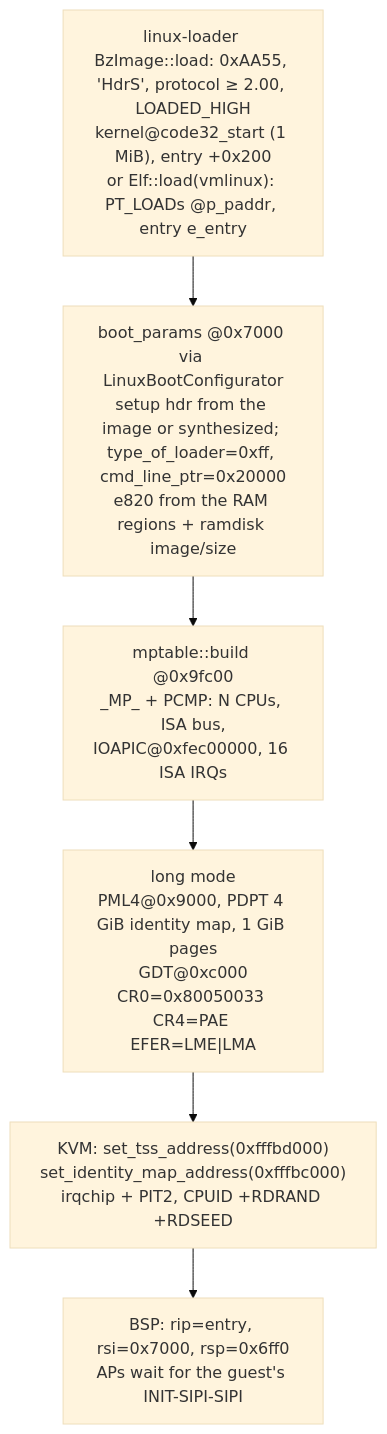
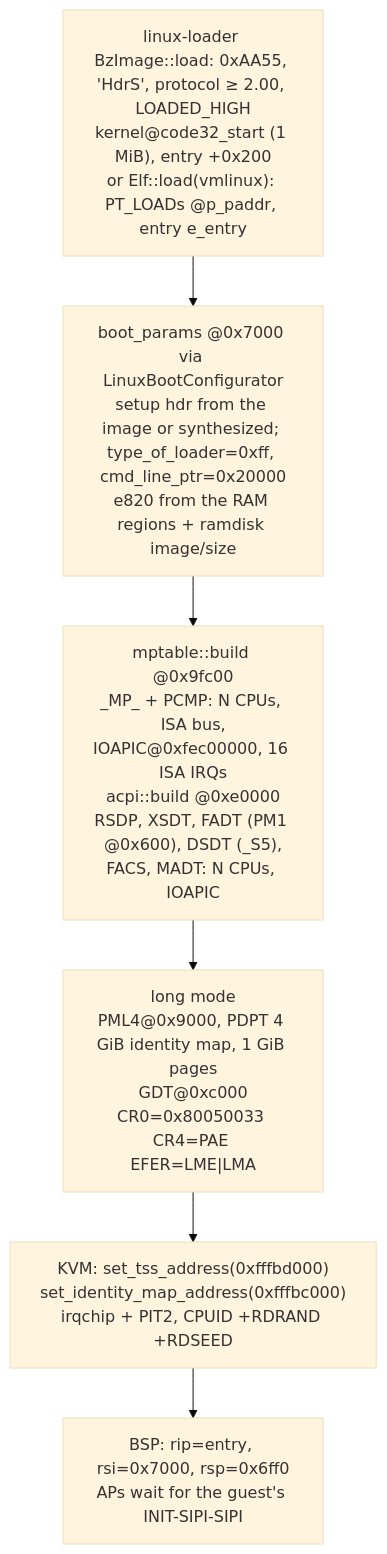
The third of 4 diagrams in docs/architecture.md (brig-sh/hvi-vmm), drawn with Mermaid (base theme) before and after one commit. The commit also changed other lines of this file and 11 other files, not shown here.

````diff
--- a/docs/architecture.md
+++ b/docs/architecture.md
@@ -249,9 +252,9 @@
 ```mermaid
 flowchart TB
     A["linux-loader BzImage::load: 0xAA55, 'HdrS', protocol ≥ 2.00, LOADED_HIGH<br/>kernel@code32_start (1 MiB), entry +0x200<br/>or Elf::load(vmlinux): PT_LOADs @p_paddr, entry e_entry"] --> B
     B["boot_params @0x7000 via LinuxBootConfigurator<br/>setup hdr from the image or synthesized; type_of_loader=0xff, cmd_line_ptr=0x20000<br/>e820 from the RAM regions + ramdisk image/size"] --> C
-    C["mptable::build @0x9fc00<br/>_MP_ + PCMP: N CPUs, ISA bus,<br/>IOAPIC@0xfec00000, 16 ISA IRQs"] --> D
+    C["mptable::build @0x9fc00<br/>_MP_ + PCMP: N CPUs, ISA bus,<br/>IOAPIC@0xfec00000, 16 ISA IRQs<br/>acpi::build @0xe0000<br/>RSDP, XSDT, FADT (PM1 @0x600), DSDT (_S5),<br/>FACS, MADT: N CPUs, IOAPIC"] --> D
     D["long mode<br/>PML4@0x9000, PDPT 4 GiB identity map, 1 GiB pages<br/>GDT@0xc000<br/>CR0=0x80050033 CR4=PAE EFER=LME|LMA"] --> E
     E["KVM: set_tss_address(0xfffbd000)<br/>set_identity_map_address(0xfffbc000)<br/>irqchip + PIT2, CPUID +RDRAND +RDSEED"] --> F
     F["BSP: rip=entry, rsi=0x7000, rsp=0x6ff0<br/>APs wait for the guest's INIT-SIPI-SIPI"]
 ```
````
